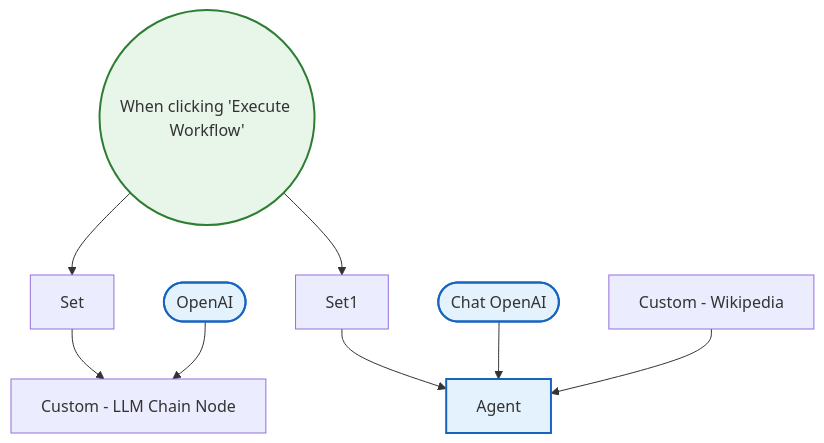
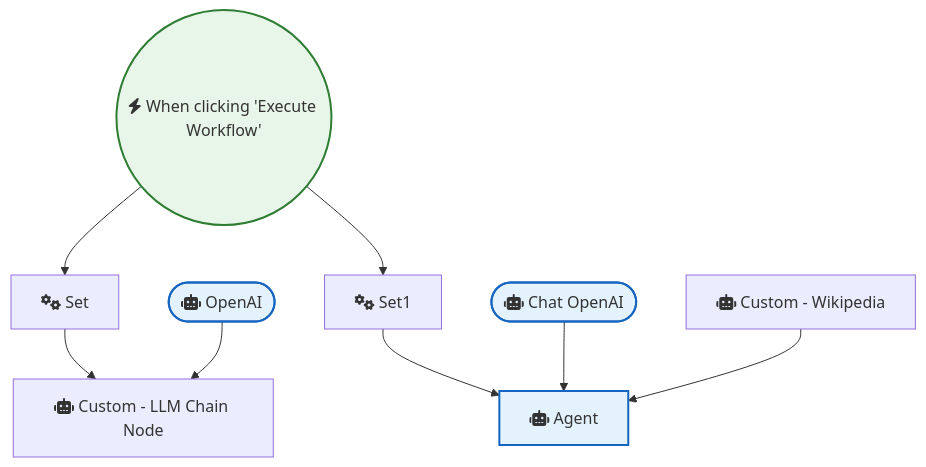
The diagram in OpenAI_and_LLMs/Langchain - Example - Code Node Example.md (sreyash3105/N8N-DEMO-AUTOMATIONS), drawn with Mermaid before and after one commit. The commit also changed 291 other files, not shown here.

````diff
--- a/OpenAI_and_LLMs/Langchain - Example - Code Node Example.md
+++ b/OpenAI_and_LLMs/Langchain - Example - Code Node Example.md
@@ -1,23 +1,23 @@
 ```mermaid
 graph TD
     classDef trigger fill:#e8f5e9,stroke:#2e7d32,stroke-width:2px;
     classDef ai fill:#e3f2fd,stroke:#1565c0,stroke-width:2px;
     classDef logic fill:#fff3e0,stroke:#ef6c00,stroke-width:2px;
 
-    OpenAI(["OpenAI"]):::ai
-    When_clicking__Execute_Workflow_(("When clicking 'Execute Workflow'")):::trigger
-    Set["Set"]
-    Set1["Set1"]
-    Chat_OpenAI(["Chat OpenAI"]):::ai
-    Custom___Wikipedia["Custom - Wikipedia"]
-    Custom___LLM_Chain_Node["Custom - LLM Chain Node"]
-    Agent["Agent"]:::ai
+    OpenAI(["fas:fa-robot OpenAI"]):::ai
+    When_clicking__Execute_Workflow_(("fas:fa-bolt When clicking 'Execute Workflow'")):::trigger
+    Set["fas:fa-cogs Set"]
+    Set1["fas:fa-cogs Set1"]
+    Chat_OpenAI(["fas:fa-robot Chat OpenAI"]):::ai
+    Custom___Wikipedia["fas:fa-robot Custom - Wikipedia"]
+    Custom___LLM_Chain_Node["fas:fa-robot Custom - LLM Chain Node"]
+    Agent["fas:fa-robot Agent"]:::ai
 
     Set --> Custom___LLM_Chain_Node
     Set1 --> Agent
     OpenAI --> Custom___LLM_Chain_Node
     Chat_OpenAI --> Agent
     Custom___Wikipedia --> Agent
     When_clicking__Execute_Workflow_ --> Set
     When_clicking__Execute_Workflow_ --> Set1
 ```
````
